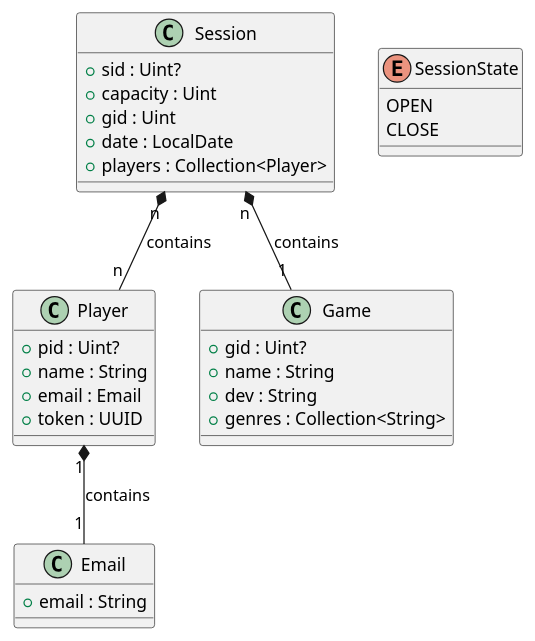
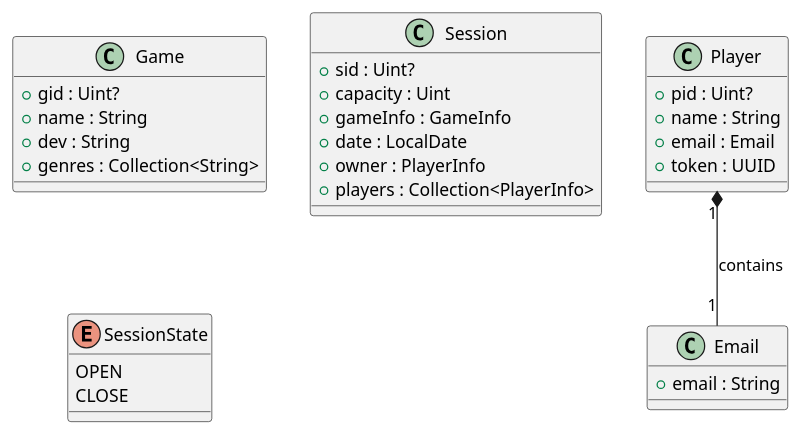
One commit to Thuzys/Session_Control changed the diagram in phase3/src/main/kotlin/pt/isel/ls/domain/DomainDiagram.puml. Above: the diagram before and after it, drawn with PlantUML. The commit also changed 11 other files, not shown here.

```diff
--- a/phase3/src/main/kotlin/pt/isel/ls/domain/DomainDiagram.puml
+++ b/phase3/src/main/kotlin/pt/isel/ls/domain/DomainDiagram.puml
@@ -1,32 +1,31 @@
 @startuml
 'https://plantuml.com/sequence-diagram
 class Player {
     +pid : Uint?
     +name : String
     +email : Email
     +token : UUID
 }
 class Game {
     +gid : Uint?
     +name : String
     +dev : String
     +genres : Collection<String>
 }
 class Session {
     +sid : Uint?
     +capacity : Uint
-    +gid : Uint
+    +gameInfo : GameInfo
     +date : LocalDate
-    +players : Collection<Player>
+    +owner : PlayerInfo
+    +players : Collection<PlayerInfo>
 }
 enum SessionState {
     OPEN
     CLOSE
 }
 class Email {
     +email : String
 }
 Player "1" *-- "1" Email : contains
-Session "n" *-- "n" Player : contains
-Session "n" *-- "1" Game : contains
 @enduml
```
